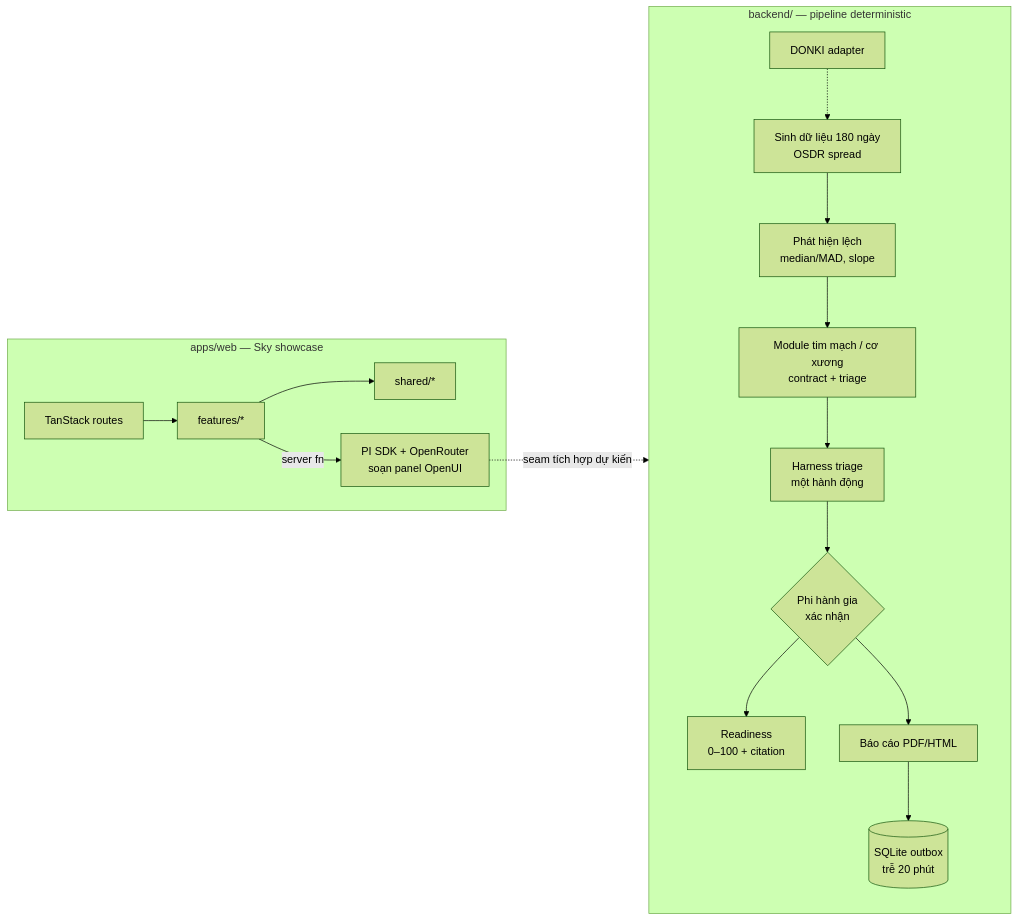
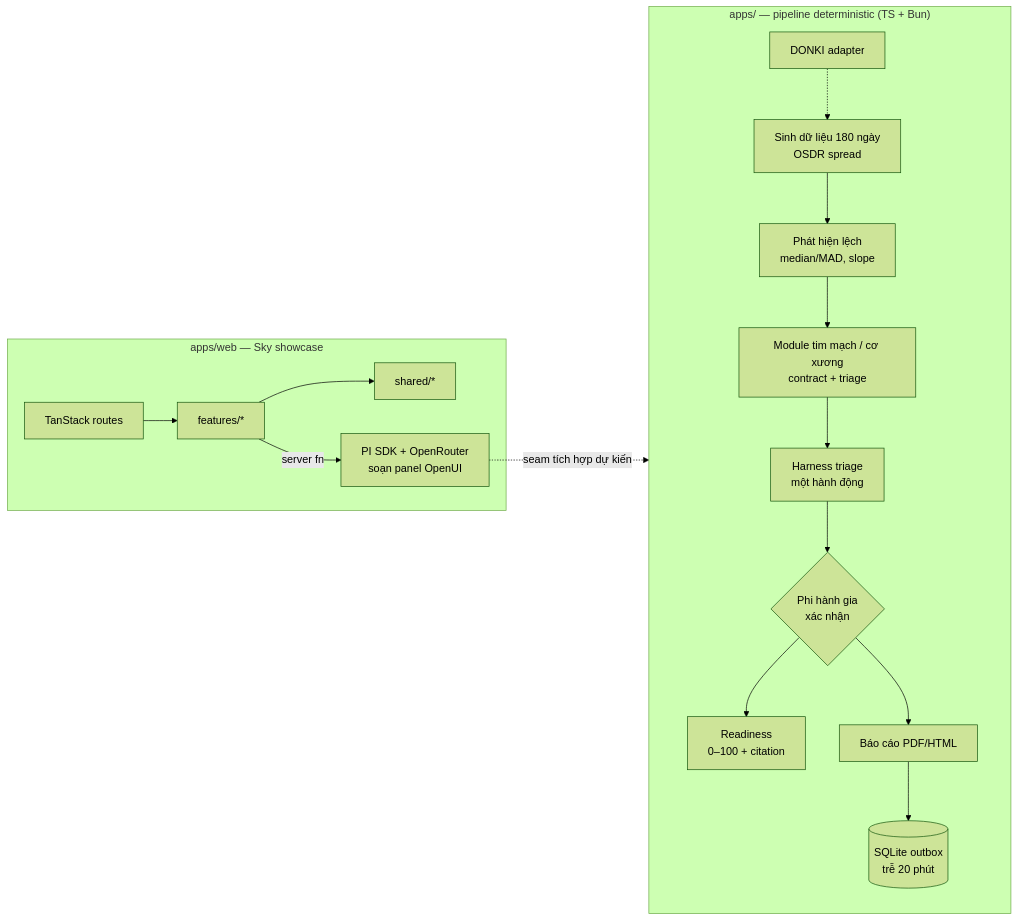
The diagram in ARCHITECTURE.md (KeiosStarqua/nsac), drawn with Mermaid (forest theme) before and after one commit. The commit also changed other lines of this file and 17 other files, not shown here.

Commit message:
chore: add Sky backend stack (TS+Bun+Drizzle) and update docs

````diff
--- a/ARCHITECTURE.md
+++ b/ARCHITECTURE.md
@@ -56,21 +56,21 @@
 ```mermaid
 flowchart LR
-  subgraph Python["backend/ — pipeline deterministic"]
+  subgraph TS["apps/ — pipeline deterministic (TS + Bun)"]
     GEN[Sinh dữ liệu 180 ngày<br/>OSDR spread] --> DET[Phát hiện lệch<br/>median/MAD, slope]
     DONKI[DONKI adapter] -.-> GEN
     DET --> MOD[Module tim mạch / cơ xương<br/>contract + triage]
     MOD --> TRIAGE[Harness triage<br/>một hành động]
     TRIAGE --> GATE{Phi hành gia<br/>xác nhận}
     GATE --> SCORE[Readiness<br/>0–100 + citation]
     GATE --> REPORT[Báo cáo PDF/HTML]
     REPORT --> OUTBOX[(SQLite outbox<br/>trễ 20 phút)]
   end
 
   subgraph Web["apps/web — Sky showcase"]
     ROUTES[TanStack routes] --> FEAT[features/*]
     FEAT --> SHARED[shared/*]
     FEAT -->|server fn| COMPOSE[PI SDK + OpenRouter<br/>soạn panel OpenUI]
   end
 
-  COMPOSE -. seam tích hợp dự kiến .-> Python
+  COMPOSE -. seam tích hợp dự kiến .-> TS
 ```
````
